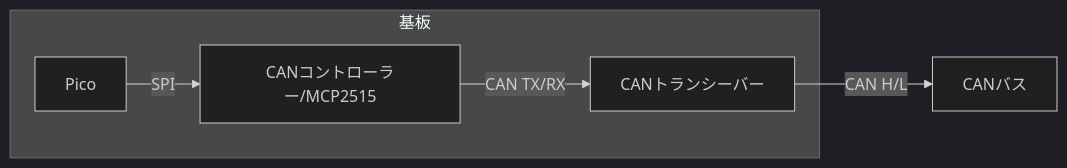
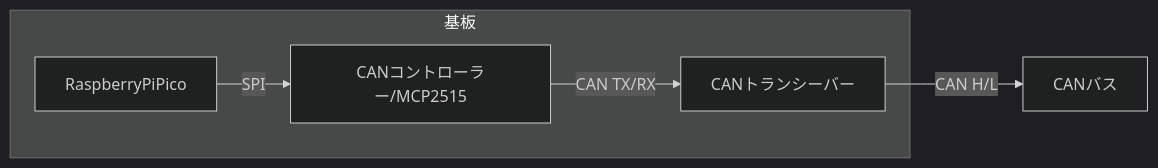
One commit to udonrobo/UdonLibrary changed the third of 3 diagrams in docs/Communication/CAN.md. Above: the diagram before and after it, drawn with Mermaid (dark theme). The commit also changed other lines of this file and 4 other files, not shown here.

````diff
--- a/docs/Communication/CAN.md
+++ b/docs/Communication/CAN.md
@@ -118,9 +105,9 @@
-  ```mermaid
-  flowchart LR
+```mermaid
+flowchart LR
 
-    subgraph 基板
-    Pico --SPI--> CANコントローラー/MCP2515 --CAN TX/RX--> CANトランシーバー
-    end
+  subgraph 基板
+  RaspberryPiPico --SPI--> CANコントローラー/MCP2515 --CAN TX/RX--> CANトランシーバー
+  end
 
-    CANトランシーバー --CAN H/L--> CANバス
-  ```
+  CANトランシーバー --CAN H/L--> CANバス
+```
````
